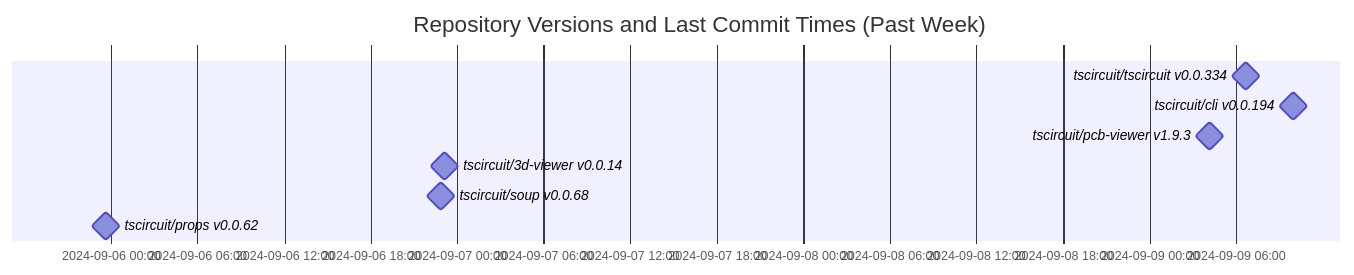
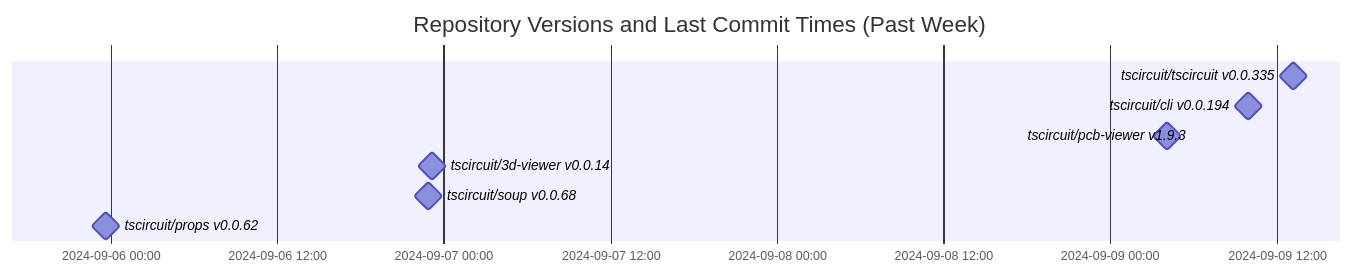
Before and after one commit to tscircuit/version-tracker: the diagram in README.md, drawn with Mermaid.

Commit message:
Update chart

````diff
--- a/README.md
+++ b/README.md
@@ -1,13 +1,13 @@
 ```mermaid
 gantt
   dateFormat  YYYY-MM-DD HH:mm:ss
   title Repository Versions and Last Commit Times (Past Week)
   axisFormat %Y-%m-%d %H:%M
 
-  tscircuit/tscircuit v0.0.334 : milestone, 2024-09-09 06:41:38, 1s
+  tscircuit/tscircuit v0.0.335 : milestone, 2024-09-09 13:12:11, 1s
   tscircuit/cli v0.0.194 : milestone, 2024-09-09 09:58:47, 1s
   tscircuit/pcb-viewer v1.9.3 : milestone, 2024-09-09 04:08:34, 1s
   tscircuit/3d-viewer v0.0.14 : milestone, 2024-09-06 23:07:26, 1s
   tscircuit/soup v0.0.68 : milestone, 2024-09-06 22:51:33, 1s
   tscircuit/props v0.0.62 : milestone, 2024-09-05 23:38:33, 1s
 ```
````
